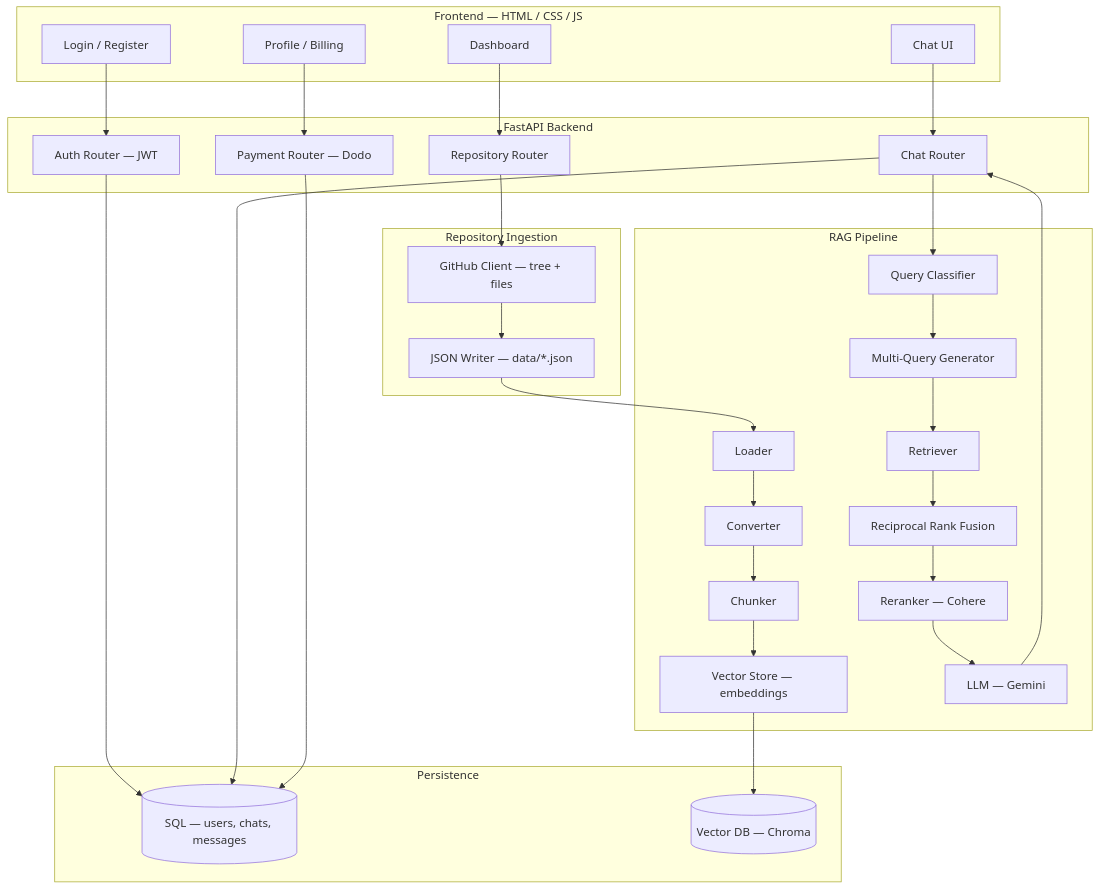
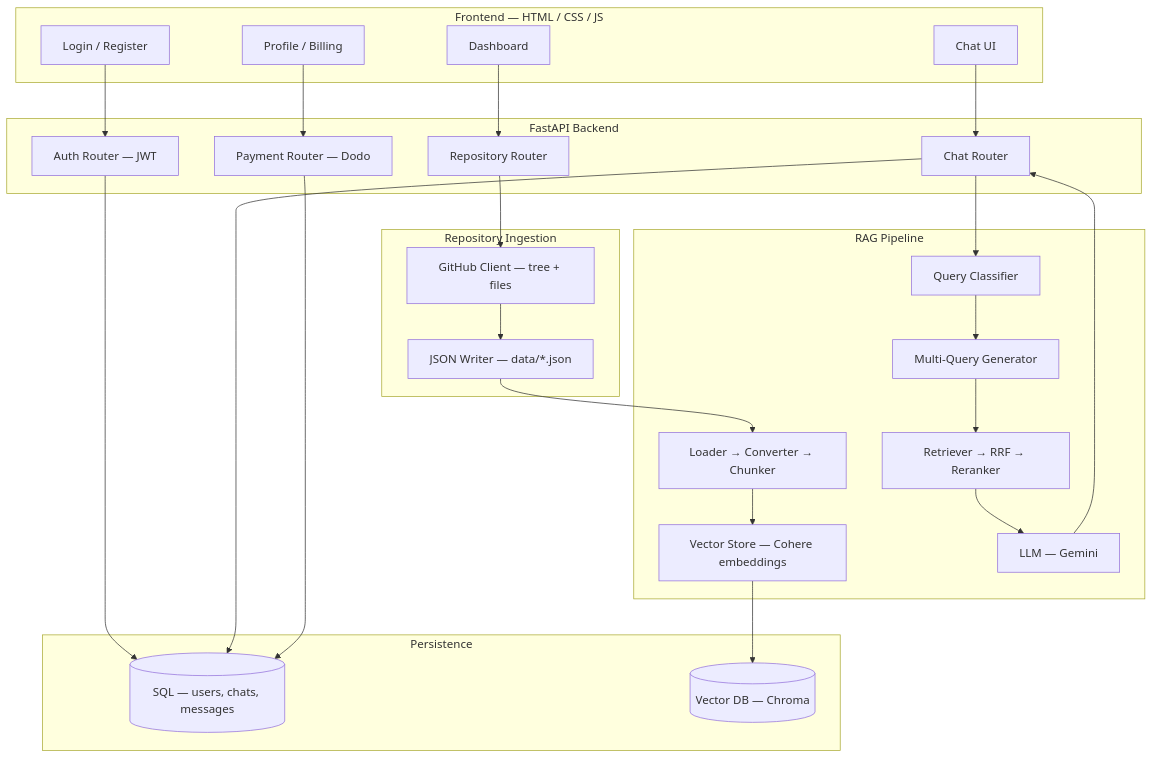
One commit to anikchand461/chat-with-repo changed the second of 2 diagrams in README.md. Above: the diagram before and after it, drawn with Mermaid. The commit also changed other lines of this file, not shown here.

````diff
--- a/README.md
+++ b/README.md
@@ -69,54 +63,47 @@
 ```mermaid
 flowchart TB
     subgraph Frontend["Frontend — HTML / CSS / JS"]
         A1["Login / Register"]
         A2["Dashboard"]
         A3["Chat UI"]
         A4["Profile / Billing"]
     end
 
     subgraph API["FastAPI Backend"]
         B1["Auth Router — JWT"]
         B2["Repository Router"]
         B3["Chat Router"]
         B4["Payment Router — Dodo"]
     end
 
     subgraph Ingest["Repository Ingestion"]
         C1["GitHub Client — tree + files"]
         C2["JSON Writer — data/*.json"]
     end
 
     subgraph RAG["RAG Pipeline"]
-        D1["Loader"]
-        D2["Converter"]
-        D3["Chunker"]
-        D4["Vector Store — embeddings"]
-        D5["Query Classifier"]
-        D6["Multi-Query Generator"]
-        D7["Retriever"]
-        D8["Reciprocal Rank Fusion"]
-        D9["Reranker — Cohere"]
-        D10["LLM — Gemini"]
+        D1["Loader → Converter → Chunker"]
+        D2["Vector Store — Cohere embeddings"]
+        D3["Query Classifier"]
+        D4["Multi-Query Generator"]
+        D5["Retriever → RRF → Reranker"]
+        D6["LLM — Gemini"]
     end
 
     subgraph Data["Persistence"]
         E1[("SQL — users, chats, messages")]
         E2[("Vector DB — Chroma")]
     end
 
     A1 --> B1
     A2 --> B2
     A3 --> B3
     A4 --> B4
 
-    B2 --> C1 --> C2 --> D1
-    D1 --> D2 --> D3 --> D4 --> E2
-
-    B3 --> D5 --> D6 --> D7
-    D7 --> D8 --> D9 --> D10 --> B3
+    B2 --> C1 --> C2 --> D1 --> D2 --> E2
+    B3 --> D3 --> D4 --> D5 --> D6 --> B3
 
     B1 --> E1
     B3 --> E1
     B4 --> E1
 ```
````
